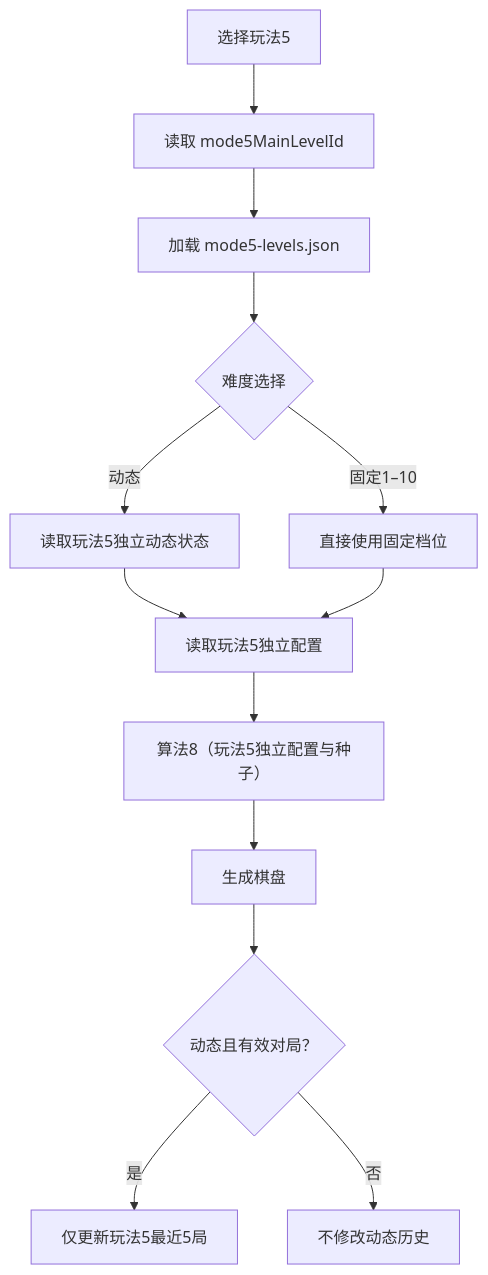
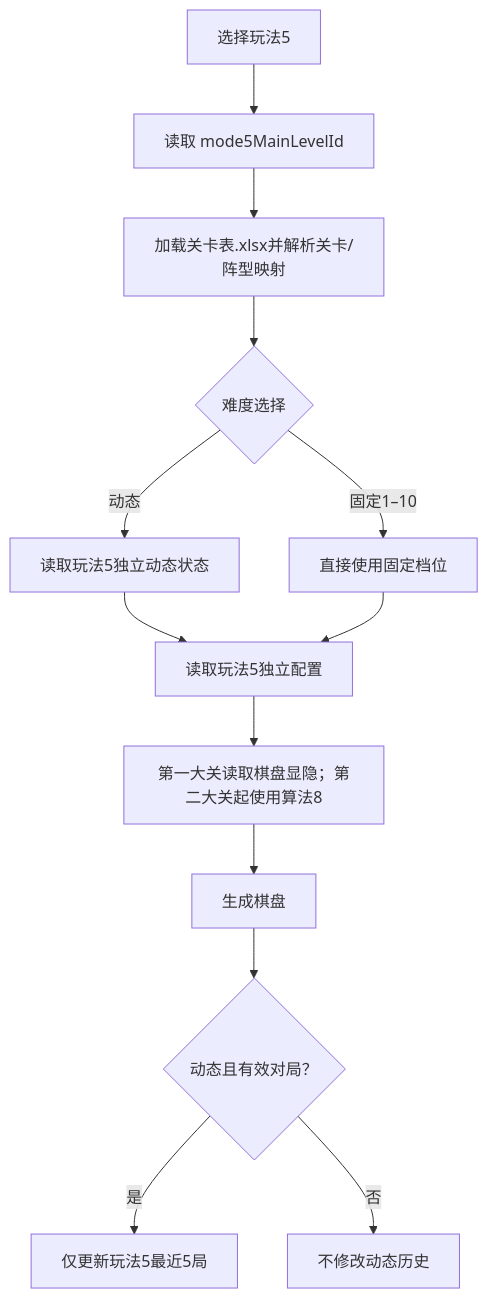
One commit to sgggom/NumberConnect changed the diagram in docs/gameplay5-implementation.md. Above: the diagram before and after it, drawn with Mermaid. The commit also changed other lines of this file and 16 other files, not shown here.

````diff
--- a/docs/gameplay5-implementation.md
+++ b/docs/gameplay5-implementation.md
@@ -48,15 +51,15 @@
 ```mermaid
 flowchart TD
     A["选择玩法5"] --> B["读取 mode5MainLevelId"]
-    B --> C["加载 mode5-levels.json"]
+    B --> C["加载关卡表.xlsx并解析关卡/阵型映射"]
     C --> D{"难度选择"}
     D -- "动态" --> E["读取玩法5独立动态状态"]
     D -- "固定1–10" --> F["直接使用固定档位"]
     E --> G["读取玩法5独立配置"]
     F --> G
-    G --> H["算法8（玩法5独立配置与种子）"]
+    G --> H["第一大关读取棋盘显隐；第二大关起使用算法8"]
     H --> I["生成棋盘"]
     I --> J{"动态且有效对局？"}
     J -- "是" --> K["仅更新玩法5最近5局"]
     J -- "否" --> L["不修改动态历史"]
 ```
````
